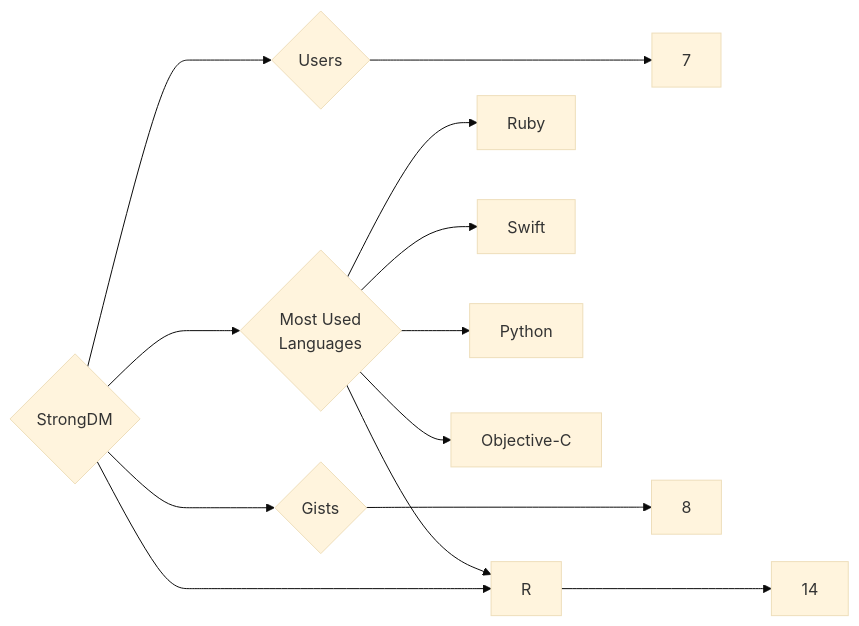
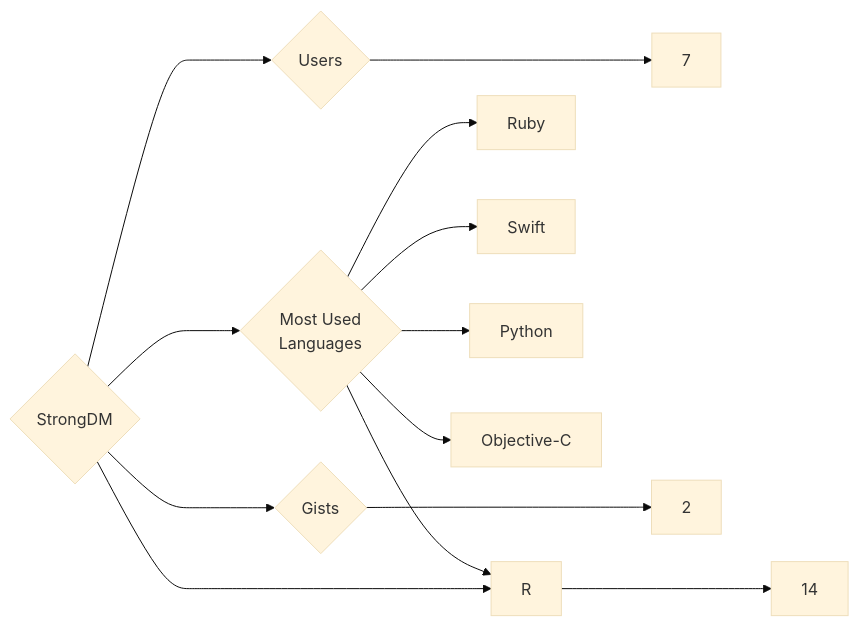
One commit to trickest/insiders changed the diagram in targets/StrongDM/README.md. Above: the diagram before and after it, drawn with Mermaid (base theme). The commit also changed 1496 other files, not shown here.

````diff
--- a/targets/StrongDM/README.md
+++ b/targets/StrongDM/README.md
@@ -3,13 +3,13 @@
 ```mermaid
 graph LR
 COMPANY_NAME{StrongDM}
 COMPANY_NAME ---> U{Users} ---> UN[7]
 COMPANY_NAME ---> R{Repositories} ---> RN[14]
-COMPANY_NAME ---> G{Gists} ---> GN[8]
+COMPANY_NAME ---> G{Gists} ---> GN[2]
 COMPANY_NAME ---> ML{Most Used<br>Languages}
 ML --> Ruby[Ruby]
 ML --> R[R]
 ML --> Swift[Swift]
 ML --> Python[Python]
 ML --> Objective-C[Objective-C]
 ```
````
